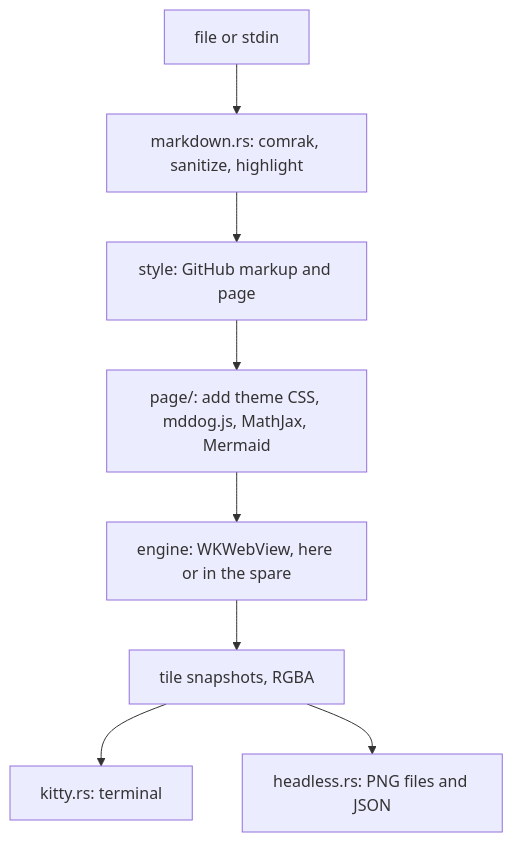
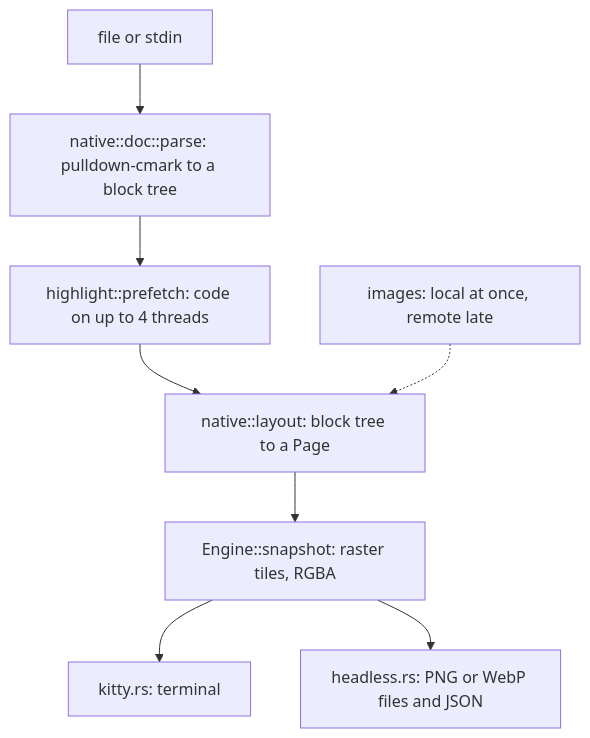
One commit to qu8n/mddog changed the first of 3 diagrams in ARCHITECTURE.md. Above: the diagram before and after it, drawn with Mermaid. The commit also changed other lines of this file and 65 other files, not shown here.

Commit message:
refactor!: remove WebKit and the prewarmed spare

````diff
--- a/ARCHITECTURE.md
+++ b/ARCHITECTURE.md
@@ -84,10 +83,10 @@
 ```mermaid
 flowchart TD
-  A["file or stdin"] --> C["markdown.rs: comrak, sanitize, highlight"]
-  C --> D["style: GitHub markup and page"]
-  D --> E["page/: add theme CSS, mddog.js, MathJax, Mermaid"]
-  E --> F["engine: WKWebView, here or in the spare"]
-  F --> G["tile snapshots, RGBA"]
-  G --> H["kitty.rs: terminal"]
-  G --> I["headless.rs: PNG files and JSON"]
+  A["file or stdin"] --> B["native::doc::parse: pulldown-cmark to a block tree"]
+  B --> C["highlight::prefetch: code on up to 4 threads"]
+  C --> D["native::layout: block tree to a Page"]
+  D --> E["Engine::snapshot: raster tiles, RGBA"]
+  E --> F["kitty.rs: terminal"]
+  E --> G["headless.rs: PNG or WebP files and JSON"]
+  H["images: local at once, remote late"] -.-> D
 ```
````
